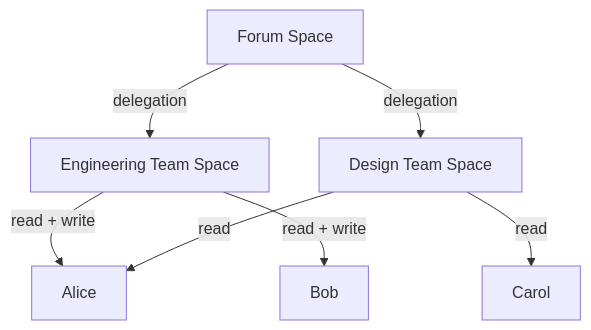
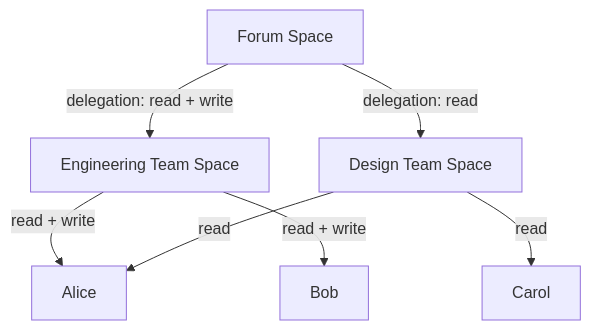
One commit to happyproto/happyview-docs changed the diagram in src/content/docs/docs/guides/spaces/members.mdx. Above: the diagram before and after it, drawn with Mermaid. The commit also changed other lines of this file, not shown here.

Commit message:
docs(spaces): a delegation entry caps its members at its own read and write
A space listed as a member now grants its members no more than the entry's read and write, at every level of a chain, and lowering an entry's flags revokes the credentials its members no longer qualify for.

````diff
--- a/src/content/docs/docs/guides/spaces/members.mdx
+++ b/src/content/docs/docs/guides/spaces/members.mdx
@@ -522,10 +522,10 @@
 ```mermaid
 graph TD
     accTitle: Example: nested teams
-    A[Forum Space] -->|delegation| B[Engineering Team Space]
-    A -->|delegation| C[Design Team Space]
+    A[Forum Space] -->|delegation: read + write| B[Engineering Team Space]
+    A -->|delegation: read| C[Design Team Space]
     B -->|read + write| D[Alice]
     B -->|read + write| E[Bob]
     C -->|read| F[Carol]
     C -->|read| D
 ```
````
